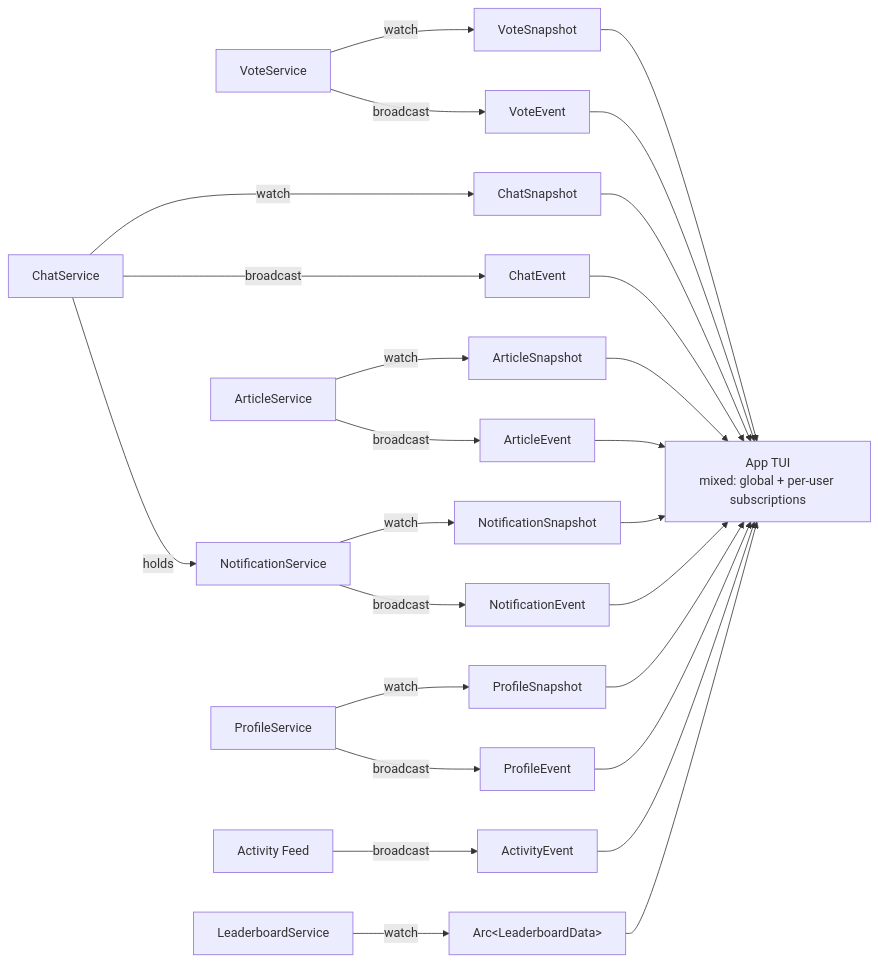
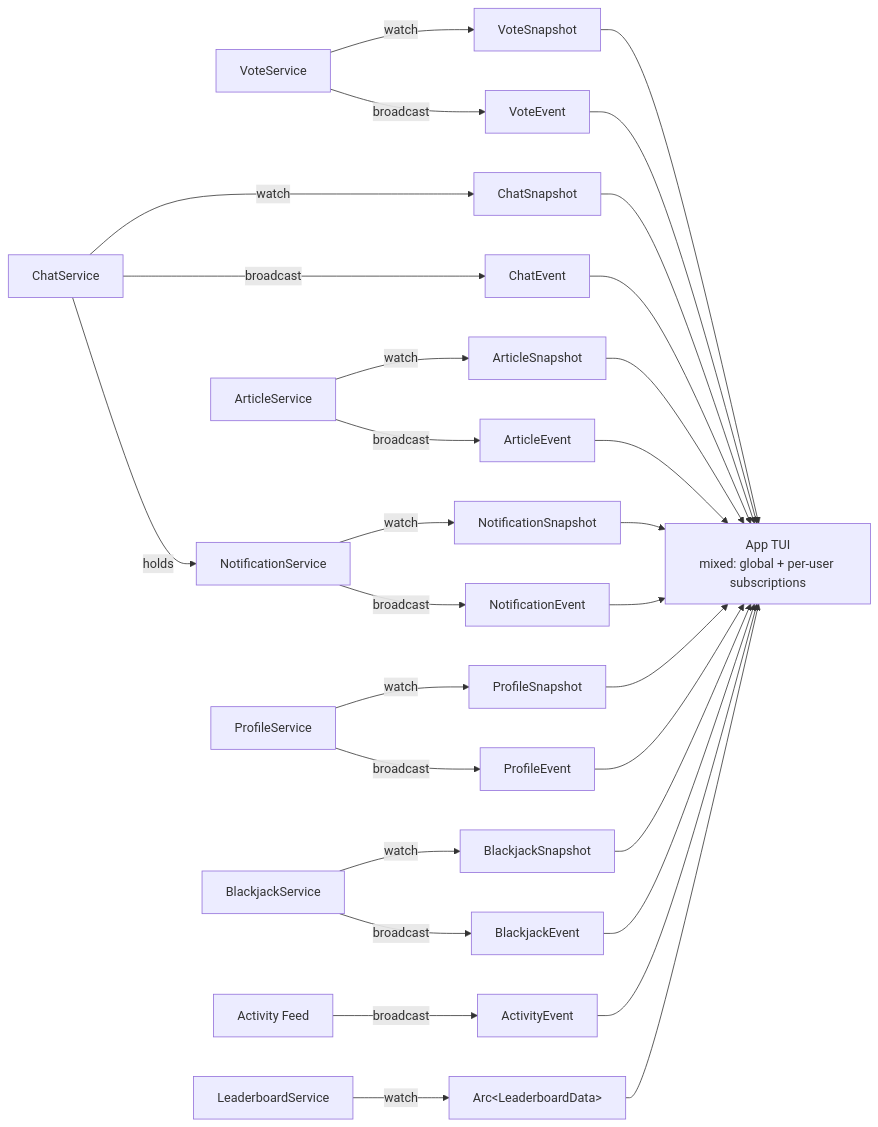
The fourth of 5 diagrams in CONTEXT.md (mpiorowski/late-sh), drawn with Mermaid before and after one commit. The commit also changed other lines of this file and 15 other files, not shown here.

````diff
--- a/CONTEXT.md
+++ b/CONTEXT.md
@@ -202,29 +203,33 @@
 ```mermaid
 flowchart LR
     VS["VoteService"] -->|"watch"| VSS["VoteSnapshot"]
     VS -->|"broadcast"| VSE["VoteEvent"]
     CS["ChatService"] -->|"watch"| CSS["ChatSnapshot"]
     CS -->|"broadcast"| CSE["ChatEvent"]
     AS["ArticleService"] -->|"watch"| ASS["ArticleSnapshot"]
     AS -->|"broadcast"| ASE["ArticleEvent"]
     NS["NotificationService"] -->|"watch"| NSS["NotificationSnapshot"]
     NS -->|"broadcast"| NSE["NotificationEvent"]
     CS -->|"holds"| NS
     PS["ProfileService"] -->|"watch"| PSS["ProfileSnapshot"]
     PS -->|"broadcast"| PSE["ProfileEvent"]
+    BJS["BlackjackService"] -->|"watch"| BJSS["BlackjackSnapshot"]
+    BJS -->|"broadcast"| BJSE["BlackjackEvent"]
     AF["Activity Feed"] -->|"broadcast"| AFE["ActivityEvent"]
     LB["LeaderboardService"] -->|"watch"| LBS["Arc&lt;LeaderboardData&gt;"]
 
     VSS --> APP["App TUI<br/>mixed: global + per-user subscriptions"]
     VSE --> APP
     CSS --> APP
     CSE --> APP
     ASS --> APP
     ASE --> APP
     NSS --> APP
     NSE --> APP
     PSS --> APP
     PSE --> APP
+    BJSS --> APP
+    BJSE --> APP
     AFE --> APP
     LBS --> APP
 ```
````
